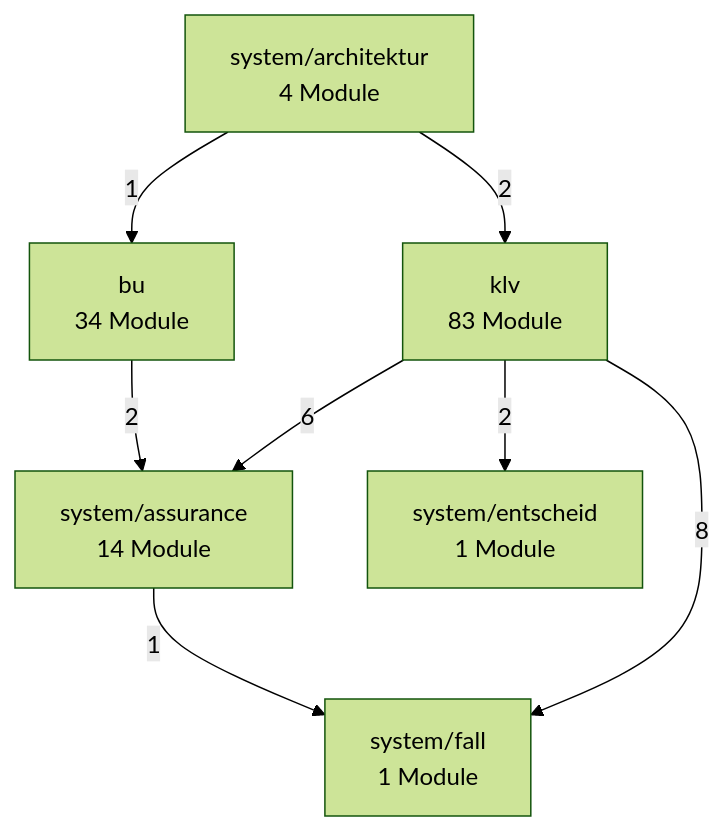
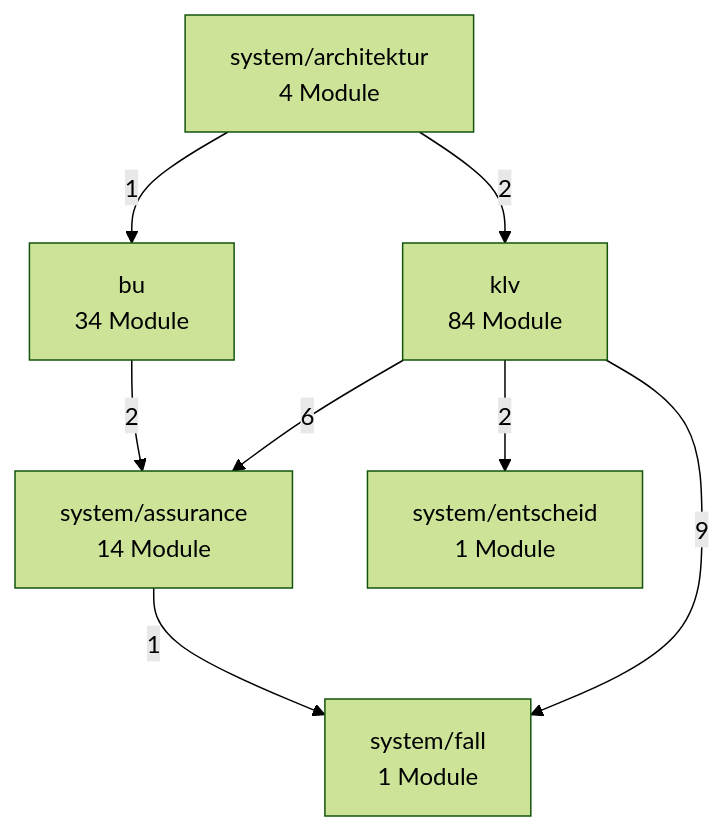
Before and after one commit to bartlmac/rechner-pipeline: the second of 3 diagrams in docs/architektur/landkarte.md, drawn with Mermaid (forest theme). The commit also changed other lines of this file and 14 other files, not shown here.

````diff
--- a/docs/architektur/landkarte.md
+++ b/docs/architektur/landkarte.md
@@ -78,17 +78,17 @@
 ```mermaid
 %% Fachknoten — erzeugt von ontologie.landkarte
 flowchart TD
     bu["bu<br/>34 Module"]
-    klv["klv<br/>83 Module"]
+    klv["klv<br/>84 Module"]
     system_architektur["system/architektur<br/>4 Module"]
     system_assurance["system/assurance<br/>14 Module"]
     system_entscheid["system/entscheid<br/>1 Module"]
     system_fall["system/fall<br/>1 Module"]
     bu -- 2 --> system_assurance
     klv -- 6 --> system_assurance
     klv -- 2 --> system_entscheid
-    klv -- 8 --> system_fall
+    klv -- 9 --> system_fall
     system_architektur -- 1 --> bu
     system_architektur -- 2 --> klv
     system_assurance -- 1 --> system_fall
 ```
````
